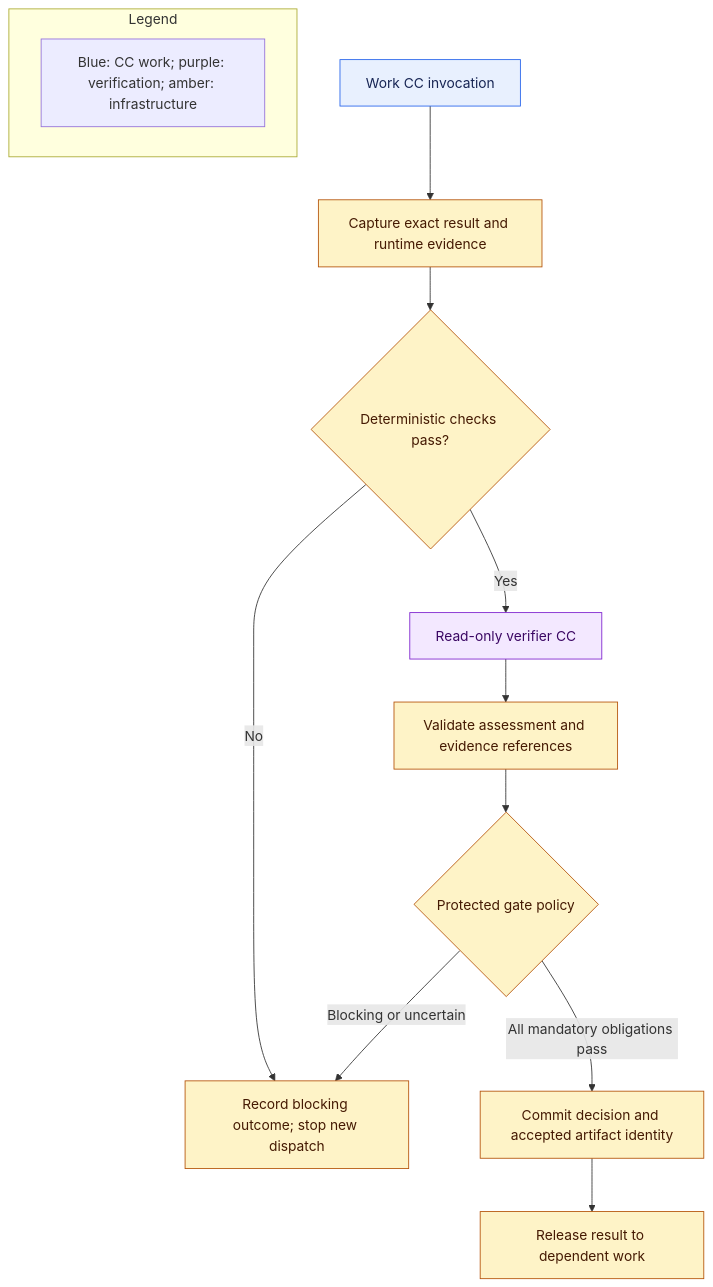
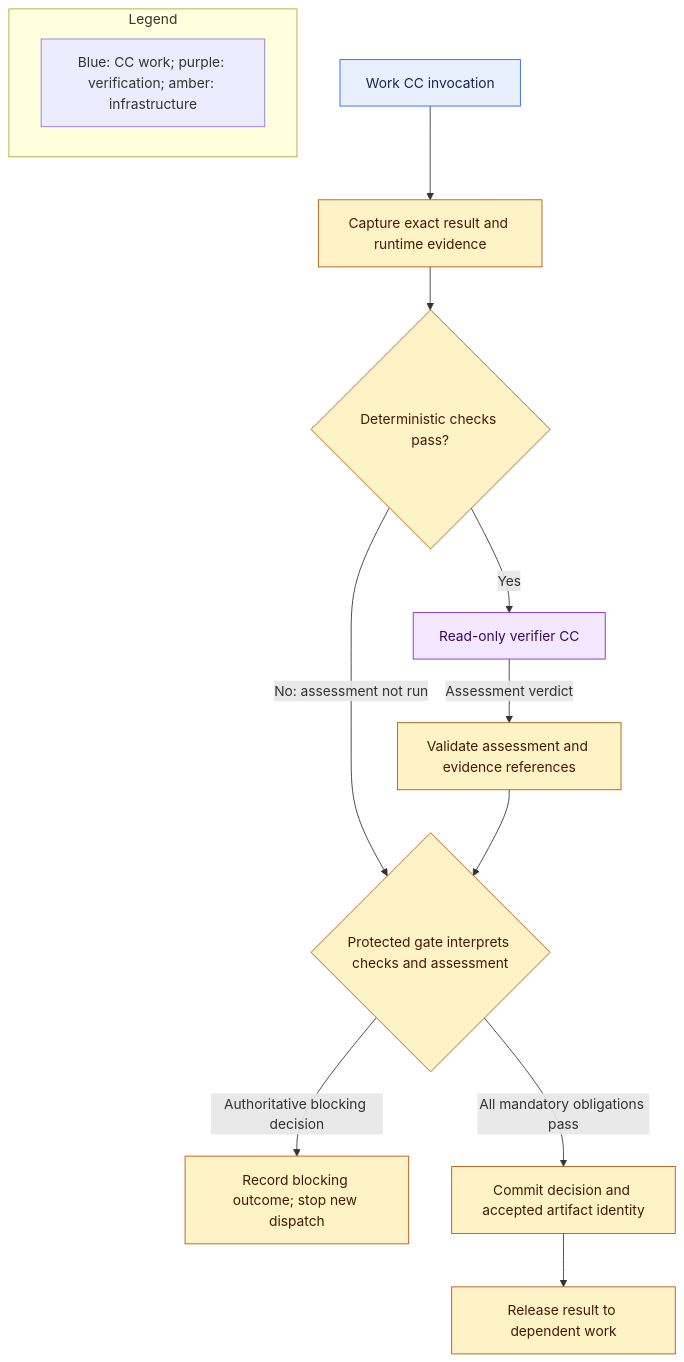
One commit to Stellven/jiuwenswarm changed the diagram in docs/architecture/build-package/capsules.md. Above: the diagram before and after it, drawn with Mermaid. The commit also changed other lines of this file and 18 other files, not shown here.

Commit message:
docs: clarify verifier gate authority and add dev sidecar

````diff
--- a/docs/architecture/build-package/capsules.md
+++ b/docs/architecture/build-package/capsules.md
@@ -17,21 +19,21 @@
 ```mermaid
 flowchart TB
     Work[Work CC invocation] --> Capture[Capture exact result and runtime evidence]
     Capture --> T1{Deterministic checks pass?}
-    T1 -->|No| Halt[Record blocking outcome; stop new dispatch]
+    T1 -->|No: assessment not run| Gate
     T1 -->|Yes| Verifier[Read-only verifier CC]
-    Verifier --> Validate[Validate assessment and evidence references]
-    Validate --> Gate{Protected gate policy}
-    Gate -->|Blocking or uncertain| Halt
+    Verifier -->|Assessment verdict| Validate[Validate assessment and evidence references]
+    Validate --> Gate{Protected gate interprets checks and assessment}
+    Gate -->|Authoritative blocking decision| Halt[Record blocking outcome; stop new dispatch]
     Gate -->|All mandatory obligations pass| Commit[Commit decision and accepted artifact identity]
     Commit --> Next[Release result to dependent work]
     subgraph Legend[Legend]
         Key[Blue: CC work; purple: verification; amber: infrastructure]
     end
     classDef work fill:#E8F0FE,stroke:#2563EB,color:#172554
     classDef verify fill:#F3E8FF,stroke:#7E22CE,color:#3B0764
     classDef control fill:#FEF3C7,stroke:#B45309,color:#451A03
     class Work work
     class Verifier verify
     class Capture,T1,Halt,Validate,Gate,Commit,Next control
 ```
````
